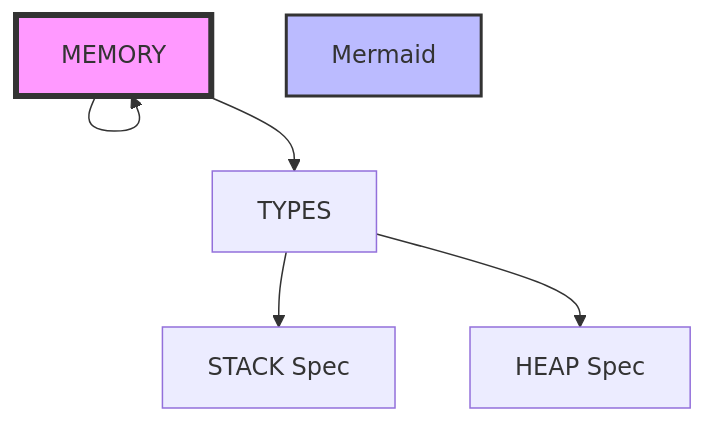
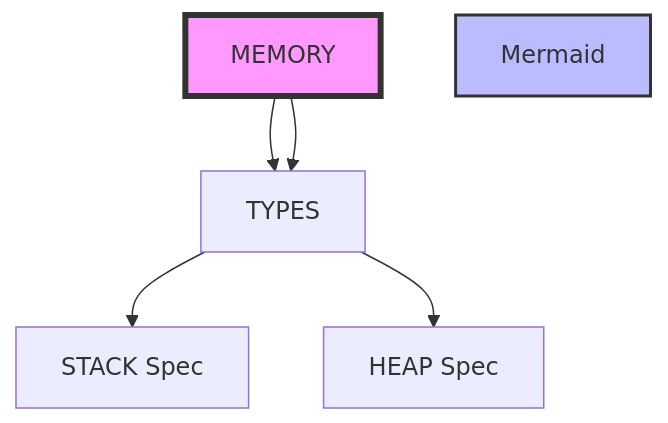
The diagram in README.md (molix2000/rst-2026), drawn with Mermaid before and after one commit.

Commit message:
test change diagram

````diff
--- a/README.md
+++ b/README.md
@@ -11,16 +11,16 @@
 ```mermaid
 
 flowchart TD;
 
 
-    ReadMe[MEMORY] --> 
+    ReadMe[MEMORY] --> MEMRef
     ReadMe --> MEMRef[TYPES]
     
     
     MEMRef --> STACK[STACK Spec]
     MEMRef --> HEAP[HEAP Spec]
     
     style ReadMe fill:#f9f,stroke:#333,stroke-width:4px
     style Mermaid fill:#bbf,stroke:#333,stroke-width:2px
 
 ```
````
